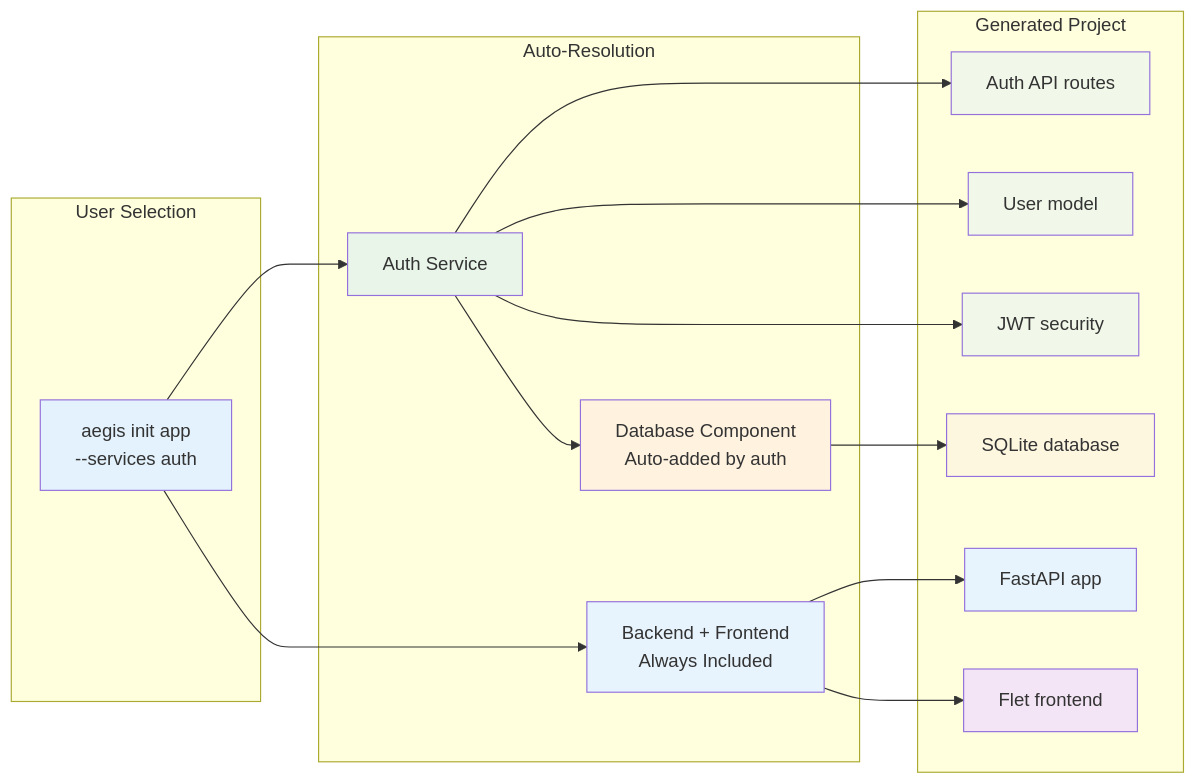
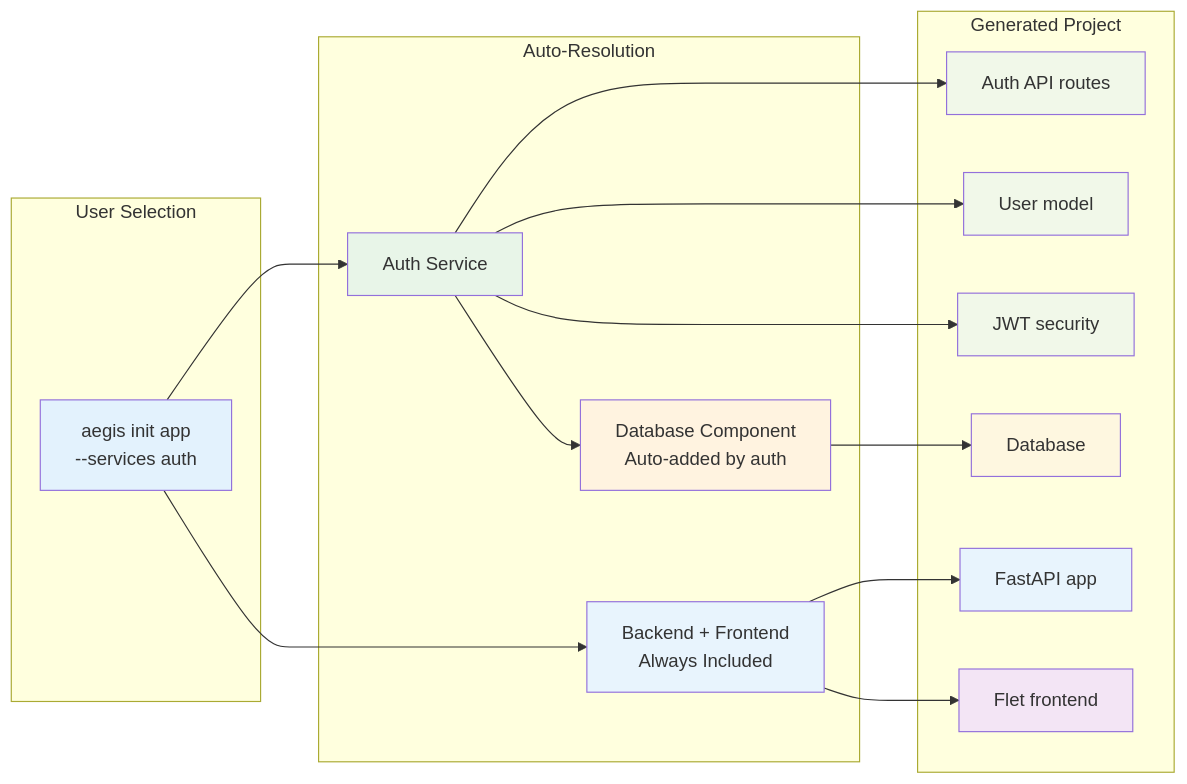
Before and after one commit to bhardwajRahul/aegis-stack: the second of 4 diagrams in docs/services/index.md, drawn with Mermaid. The commit also changed other lines of this file and 43 other files, not shown here.

````diff
--- a/docs/services/index.md
+++ b/docs/services/index.md
@@ -72,43 +73,43 @@
 ```mermaid
 graph LR
     subgraph "User Selection"
         UserChoice[aegis init app<br/>--services auth]
     end
 
     subgraph "Auto-Resolution"
         CoreComponents[Backend + Frontend<br/>Always Included]
         AuthSvc[Auth Service]
         DatabaseComp[Database Component<br/>Auto-added by auth]
     end
 
     subgraph "Generated Project"
         AuthAPI["Auth API routes"]
         UserModel["User model"]
         JWT["JWT security"]
-        DB[SQLite database]
+        DB[Database]
         API[FastAPI app]
         UI[Flet frontend]
     end
 
     UserChoice --> CoreComponents
     UserChoice --> AuthSvc
     AuthSvc --> DatabaseComp
 
     AuthSvc --> AuthAPI
     AuthSvc --> UserModel
     AuthSvc --> JWT
     DatabaseComp --> DB
     CoreComponents --> API
     CoreComponents --> UI
 
     style UserChoice fill:#e3f2fd
     style CoreComponents fill:#e8f4fd
     style AuthSvc fill:#e8f5e8
     style DatabaseComp fill:#fff3e0
     style AuthAPI fill:#f1f8e9
     style UserModel fill:#f1f8e9
     style JWT fill:#f1f8e9
     style DB fill:#fef7e0
     style API fill:#e8f4fd
     style UI fill:#f3e5f5
 ```
````
